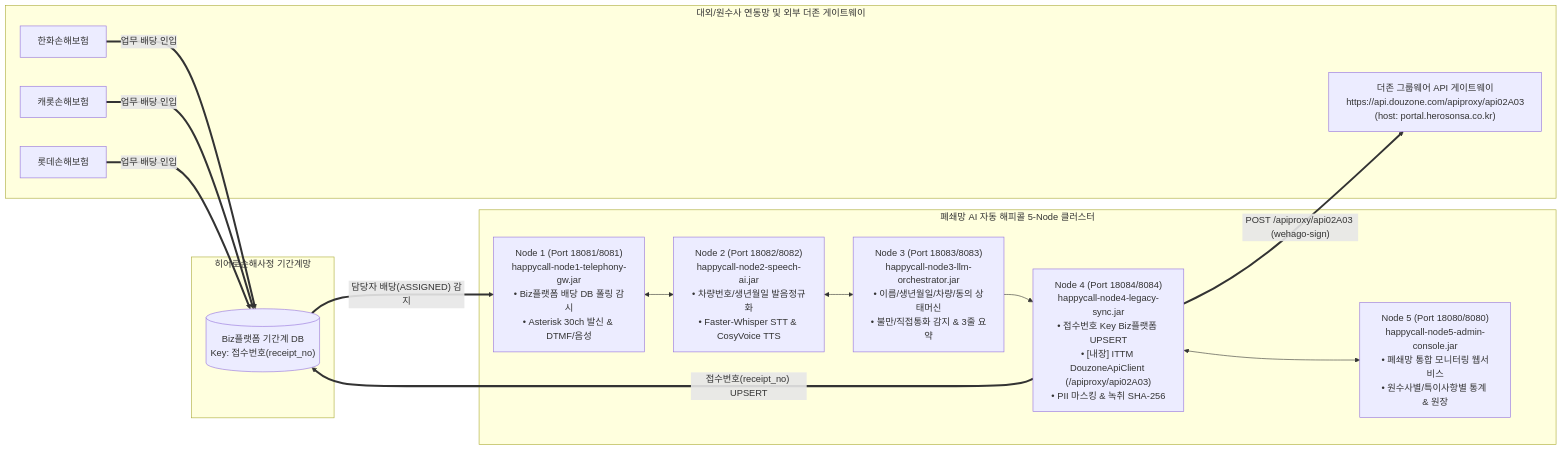
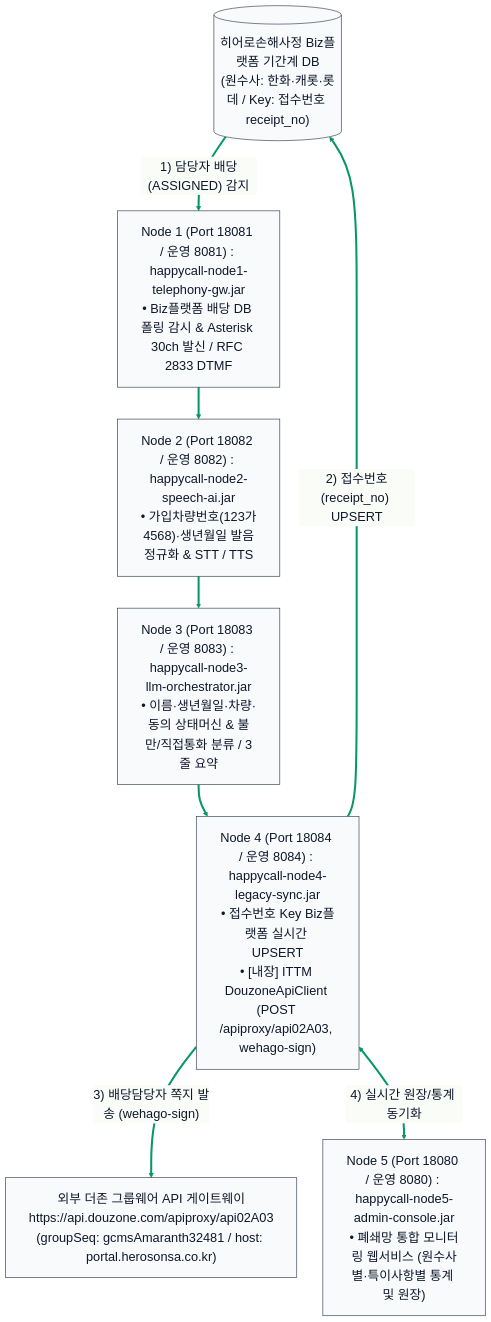
Before and after one commit to herosonsa1/AI_HappyCall: the third of 3 diagrams in dist/docs/04_AI_자동_해피콜_서비스_상세구축계획서.md, drawn with Mermaid. The commit also changed other lines of this file and 8 other files, not shown here.

Commit message:
style(docs): enlarge table and Mermaid diagram font sizes (20px-22px) and optimize vertical layout across all .md deliverables

````diff
--- a/dist/docs/04_AI_자동_해피콜_서비스_상세구축계획서.md
+++ b/dist/docs/04_AI_자동_해피콜_서비스_상세구축계획서.md
@@ -79,30 +157,32 @@
 ```mermaid
-flowchart LR
-    subgraph EXT["대외/원수사 연동망 및 외부 더존 게이트웨이"]
-        INS1["한화손해보험"]
-        INS2["캐롯손해보험"]
-        INS3["롯데손해보험"]
-        DZAPI["더존 그룹웨어 API 게이트웨이<br/>https://api.douzone.com/apiproxy/api02A03<br/>(host: portal.herosonsa.co.kr)"]
-    end
+%%{init: {
+  'theme': 'base',
+  'themeVariables': {
+    'fontSize': '22px',
+    'fontFamily': 'Pretendard, Malgun Gothic, sans-serif',
+    'primaryColor': '#f8fafc',
+    'primaryTextColor': '#0f172a',
+    'primaryBorderColor': '#1e293b',
+    'lineColor': '#059669'
+  },
+  'flowchart': {
+    'nodeSpacing': 45,
+    'rankSpacing': 55,
+    'padding': 20
+  }
+}}%%
+flowchart TD
+    BIZDB[("히어로손해사정 Biz플랫폼 기간계 DB\n(원수사: 한화·캐롯·롯데 / Key: 접수번호 receipt_no)")]
+    N1["Node 1 (Port 18081 / 운영 8081) : happycall-node1-telephony-gw.jar\n• Biz플랫폼 배당 DB 폴링 감시 & Asterisk 30ch 발신 / RFC 2833 DTMF"]
+    N2["Node 2 (Port 18082 / 운영 8082) : happycall-node2-speech-ai.jar\n• 가입차량번호(123가4568)·생년월일 발음정규화 & STT / TTS"]
+    N3["Node 3 (Port 18083 / 운영 8083) : happycall-node3-llm-orchestrator.jar\n• 이름·생년월일·차량·동의 상태머신 & 불만/직접통화 분류 / 3줄 요약"]
+    N4["Node 4 (Port 18084 / 운영 8084) : happycall-node4-legacy-sync.jar\n• 접수번호 Key Biz플랫폼 실시간 UPSERT\n• [내장] ITTM DouzoneApiClient (POST /apiproxy/api02A03, wehago-sign)"]
+    DZAPI["외부 더존 그룹웨어 API 게이트웨이\nhttps://api.douzone.com/apiproxy/api02A03\n(groupSeq: gcmsAmaranth32481 / host: portal.herosonsa.co.kr)"]
+    N5["Node 5 (Port 18080 / 운영 8080) : happycall-node5-admin-console.jar\n• 폐쇄망 통합 모니터링 웹서비스 (원수사별·특이사항별 통계 및 원장)"]
 
-    subgraph LEGACY["히어로손해사정 기간계망"]
-        BIZDB[("Biz플랫폼 기간계 DB<br/>Key: 접수번호(receipt_no)")]
-    end
-
-    subgraph AI_ZONE["폐쇄망 AI 자동 해피콜 5-Node 클러스터"]
-        N1["Node 1 (Port 18081/8081)<br/>happycall-node1-telephony-gw.jar<br/>• Biz플랫폼 배당 DB 폴링 감시<br/>• Asterisk 30ch 발신 & DTMF/음성"]
-        N2["Node 2 (Port 18082/8082)<br/>happycall-node2-speech-ai.jar<br/>• 차량번호/생년월일 발음정규화<br/>• Faster-Whisper STT & CosyVoice TTS"]
-        N3["Node 3 (Port 18083/8083)<br/>happycall-node3-llm-orchestrator.jar<br/>• 이름/생년월일/차량/동의 상태머신<br/>• 불만/직접통화 감지 & 3줄 요약"]
-        N4["Node 4 (Port 18084/8084)<br/>happycall-node4-legacy-sync.jar<br/>• 접수번호 Key Biz플랫폼 UPSERT<br/>• [내장] ITTM DouzoneApiClient (/apiproxy/api02A03)<br/>• PII 마스킹 & 녹취 SHA-256"]
-        N5["Node 5 (Port 18080/8080)<br/>happycall-node5-admin-console.jar<br/>• 폐쇄망 통합 모니터링 웹서비스<br/>• 원수사별/특이사항별 통계 & 원장"]
-    end
-
-    INS1 & INS2 & INS3 ==>|"업무 배당 인입"| BIZDB
-    BIZDB ==>|"담당자 배당(ASSIGNED) 감지"| N1
-    N1 <--> N2
-    N2 <--> N3
-    N3 --> N4
-    N4 ==>|"접수번호(receipt_no) UPSERT"| BIZDB
-    N4 ==>|"POST /apiproxy/api02A03 (wehago-sign)"| DZAPI
-    N4 <--> N5
+    BIZDB ==>|"1) 담당자 배당(ASSIGNED) 감지"| N1
+    N1 ==> N2 ==> N3 ==> N4
+    N4 ==>|"2) 접수번호(receipt_no) UPSERT"| BIZDB
+    N4 ==>|"3) 배당담당자 쪽지 발송 (wehago-sign)"| DZAPI
+    N4 <==>|"4) 실시간 원장/통계 동기화"| N5
 ```
````
